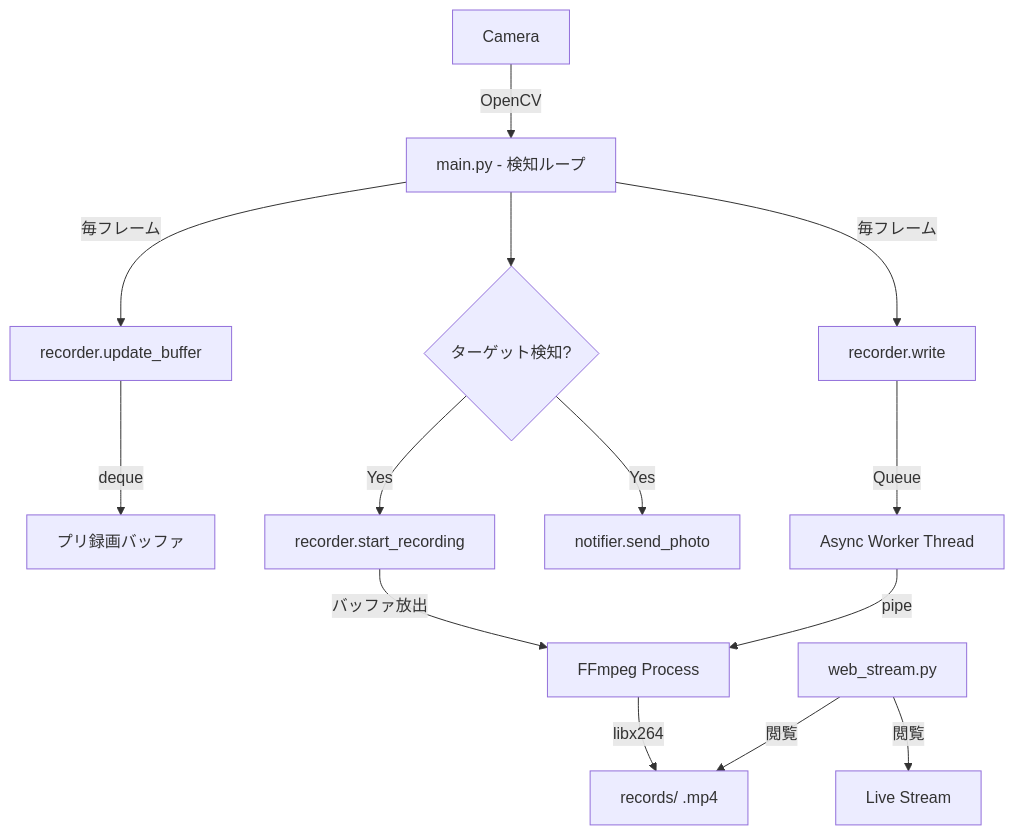
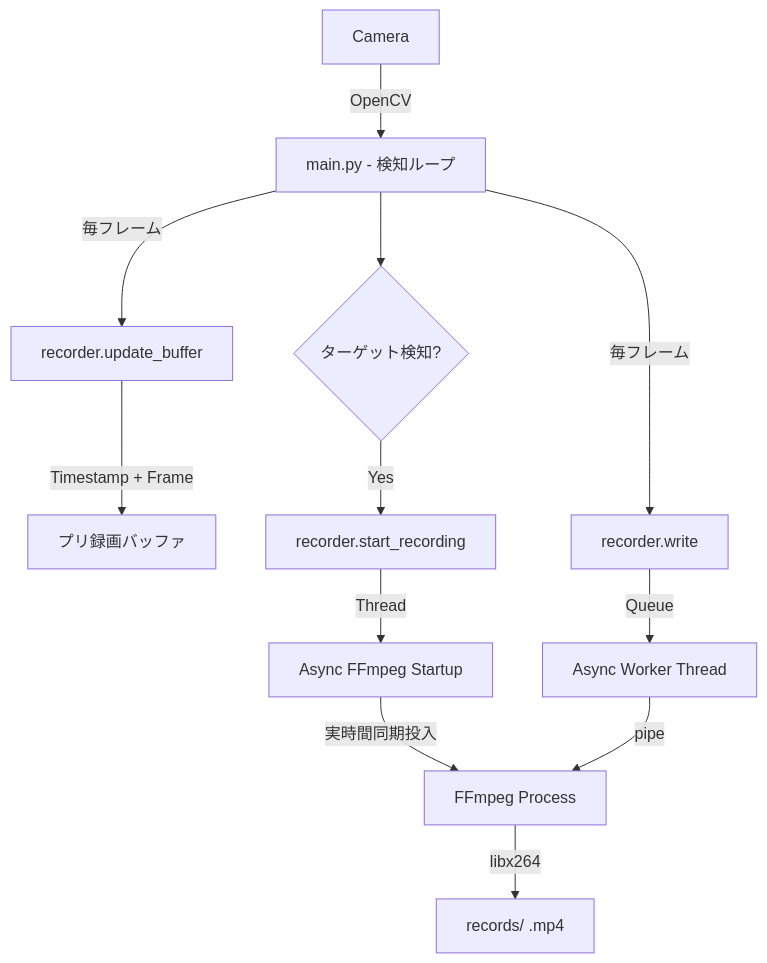
Before and after one commit to qpsk1234/Raspberrypi4-webcammonitor: the diagram in SPEC/design.md, drawn with Mermaid. The commit also changed other lines of this file and 3 other files, not shown here.

````diff
--- a/SPEC/design.md
+++ b/SPEC/design.md
@@ -100,16 +100,14 @@
 ```mermaid
 graph TD
     A[Camera] -->|OpenCV| B[main.py - 検知ループ]
     B -->|毎フレーム| C[recorder.update_buffer]
-    C -->|deque| D[プリ録画バッファ]
+    C -->|Timestamp + Frame| D[プリ録画バッファ]
     B --> E{ターゲット検知?}
     E -->|Yes| F[recorder.start_recording]
-    F -->|バッファ放出| G[FFmpeg Process]
-    E -->|Yes| H[notifier.send_photo]
+    F -->|Thread| G[Async FFmpeg Startup]
+    G -->|実時間同期投入| H[FFmpeg Process]
     B -->|毎フレーム| I[recorder.write]
     I -->|Queue| J[Async Worker Thread]
-    J -->|pipe| G
-    G -->|libx264| K[records/ .mp4]
-    L[web_stream.py] -->|閲覧| K
-    L -->|閲覧| M[Live Stream]
+    J -->|pipe| H
+    H -->|libx264| K[records/ .mp4]
 ```
````
